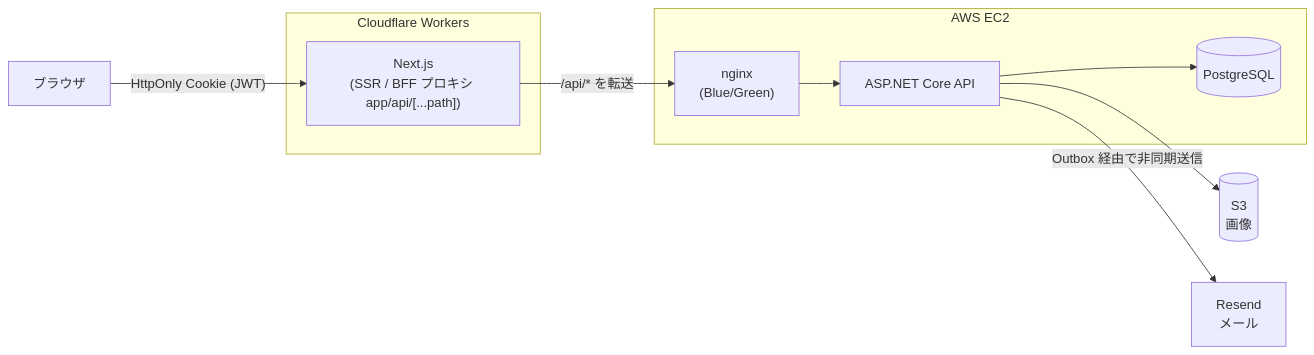
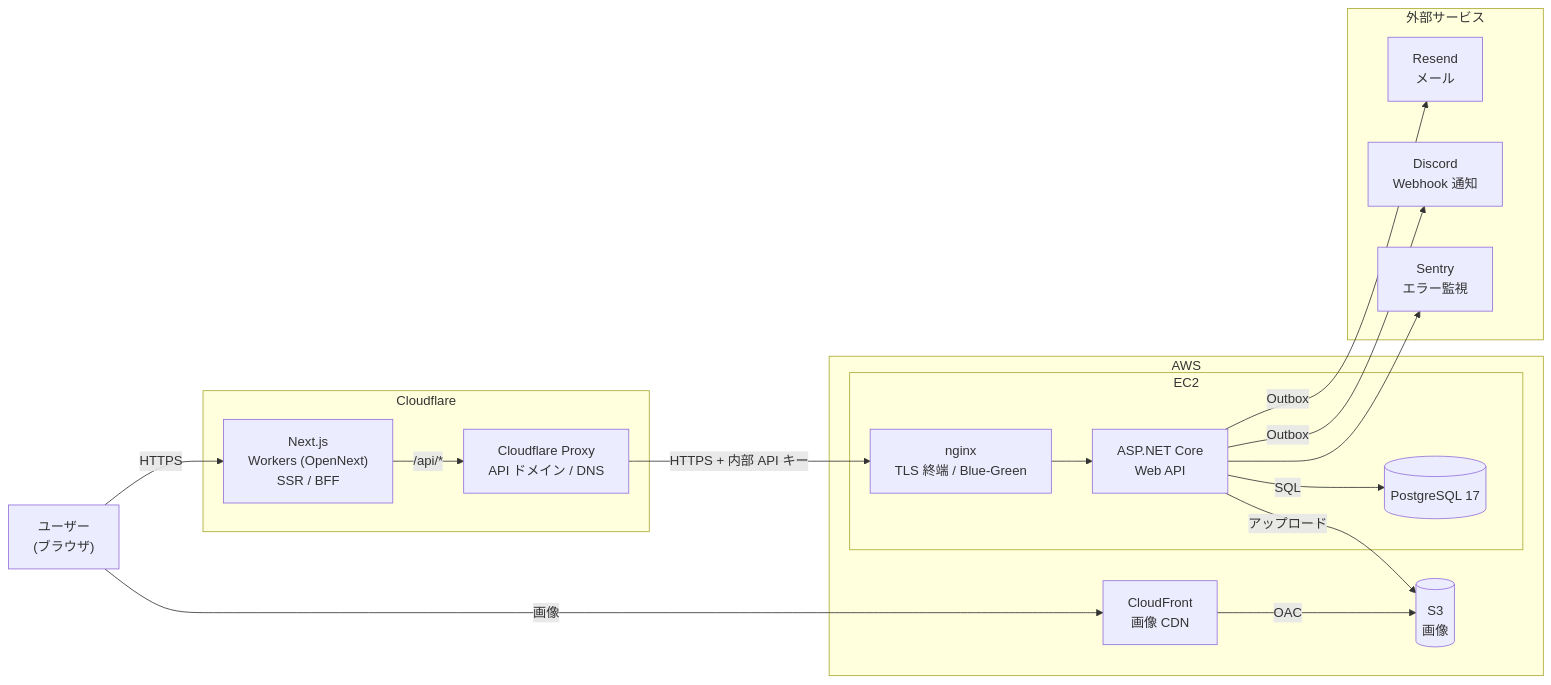
Before and after one commit to doguto/nari-note: the diagram in AGENTS.md, drawn with Mermaid. The commit also changed other lines of this file, not shown here.

Commit message:
Docs: AGENTS.md の全体構成図を本番構成に合わせて整理する

````diff
--- a/AGENTS.md
+++ b/AGENTS.md
@@ -45,19 +45,37 @@
 ```mermaid
 flowchart LR
-    Browser["ブラウザ"]
-    subgraph CF["Cloudflare Workers"]
-        Next["Next.js<br/>(SSR / BFF プロキシ app/api/[...path])"]
+    user["ユーザー<br/>(ブラウザ)"]
+
+    subgraph cf["Cloudflare"]
+        next["Next.js<br/>Workers (OpenNext)<br/>SSR / BFF"]
+        proxy["Cloudflare Proxy<br/>API ドメイン / DNS"]
     end
-    subgraph AWS["AWS EC2"]
-        Nginx["nginx<br/>(Blue/Green)"]
-        Api["ASP.NET Core API"]
-        Db[("PostgreSQL")]
+
+    subgraph aws["AWS"]
+        subgraph ec2["EC2"]
+            nginx["nginx<br/>TLS 終端 / Blue-Green"]
+            api["ASP.NET Core<br/>Web API"]
+            db[("PostgreSQL 17")]
+        end
+        cfront["CloudFront<br/>画像 CDN"]
+        s3img[("S3<br/>画像")]
     end
-    S3[("S3<br/>画像")]
-    Mail["Resend<br/>メール"]
 
-    Browser -->|"HttpOnly Cookie (JWT)"| Next
-    Next -->|"/api/* を転送"| Nginx --> Api --> Db
-    Api --> S3
-    Api -->|"Outbox 経由で非同期送信"| Mail
+    subgraph ext["外部サービス"]
+        resend["Resend<br/>メール"]
+        discord["Discord<br/>Webhook 通知"]
+        sentry["Sentry<br/>エラー監視"]
+    end
+
+    user -->|HTTPS| next
+    next -->|"/api/*"| proxy
+    proxy -->|"HTTPS + 内部 API キー"| nginx
+    nginx --> api
+    api -->|SQL| db
+    api -->|アップロード| s3img
+    user -->|画像| cfront
+    cfront -->|OAC| s3img
+    api -->|Outbox| resend
+    api -->|Outbox| discord
+    api --> sentry
 ```
````
